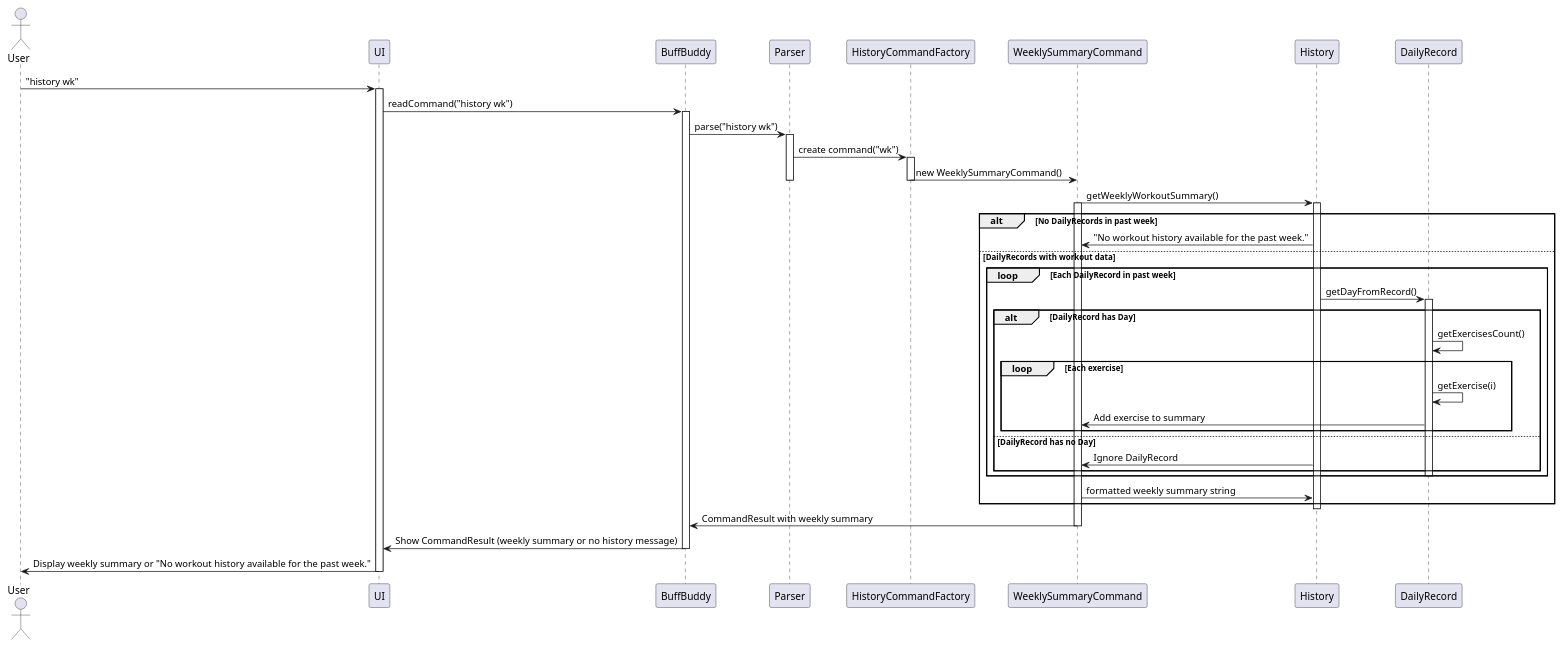
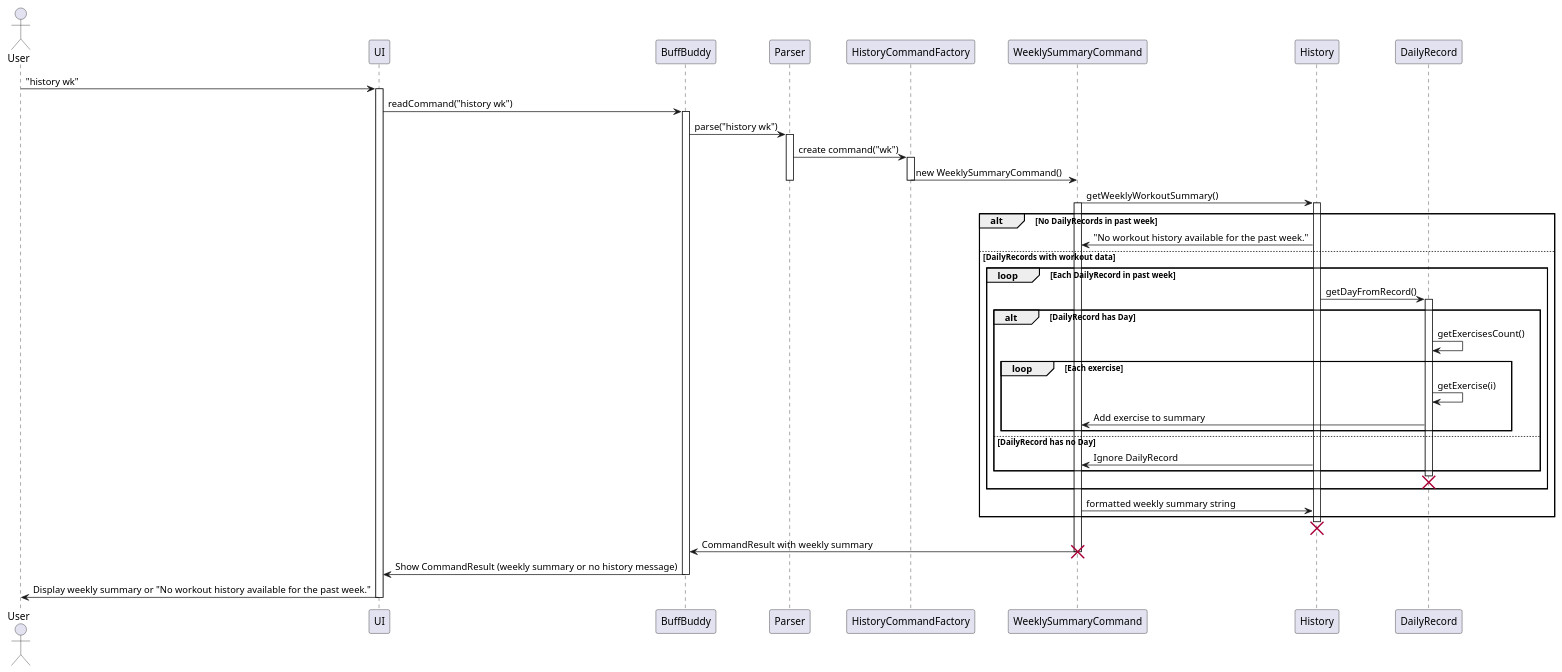
Before and after one commit to nus-cs2113-AY2425S1/tp: the diagram in docs/diagrams/weeklysummarySequenceDiagram.puml, drawn with PlantUML. The commit also changed 4 other files, not shown here.

Commit message:
add sequence diagram for logprogramme

```diff
--- a/docs/diagrams/weeklysummarySequenceDiagram.puml
+++ b/docs/diagrams/weeklysummarySequenceDiagram.puml
@@ -1,55 +1,59 @@
 @startuml
 actor User
 participant UI
 participant BuffBuddy
 participant Parser
 participant HistoryCommandFactory
 participant WeeklySummaryCommand
 participant History
 participant DailyRecord
 
 User -> UI: "history wk"
 activate UI
 UI -> BuffBuddy: readCommand("history wk")
 activate BuffBuddy
 BuffBuddy -> Parser: parse("history wk")
 activate Parser
 Parser -> HistoryCommandFactory: create command("wk")
 activate HistoryCommandFactory
 HistoryCommandFactory -> WeeklySummaryCommand: new WeeklySummaryCommand()
 deactivate HistoryCommandFactory
 deactivate Parser
 
 WeeklySummaryCommand -> History: getWeeklyWorkoutSummary()
 activate WeeklySummaryCommand
 activate History
 
 alt No DailyRecords in past week
     History -> WeeklySummaryCommand: "No workout history available for the past week."
 else DailyRecords with workout data
     loop Each DailyRecord in past week
         History -> DailyRecord: getDayFromRecord()
         activate DailyRecord
         alt DailyRecord has Day
             DailyRecord -> DailyRecord: getExercisesCount()
             loop Each exercise
                 DailyRecord -> DailyRecord: getExercise(i)
                 DailyRecord -> WeeklySummaryCommand: Add exercise to summary
             end
         else DailyRecord has no Day
             History -> WeeklySummaryCommand: Ignore DailyRecord
         end
         deactivate DailyRecord
+        destroy DailyRecord
     end
     WeeklySummaryCommand -> History: formatted weekly summary string
 end
 deactivate History
+destroy History
 
 WeeklySummaryCommand -> BuffBuddy: CommandResult with weekly summary
 deactivate WeeklySummaryCommand
+destroy WeeklySummaryCommand
+
 BuffBuddy -> UI: Show CommandResult (weekly summary or no history message)
 deactivate BuffBuddy
 UI -> User: Display weekly summary or "No workout history available for the past week."
 deactivate UI
 
 @enduml
```
